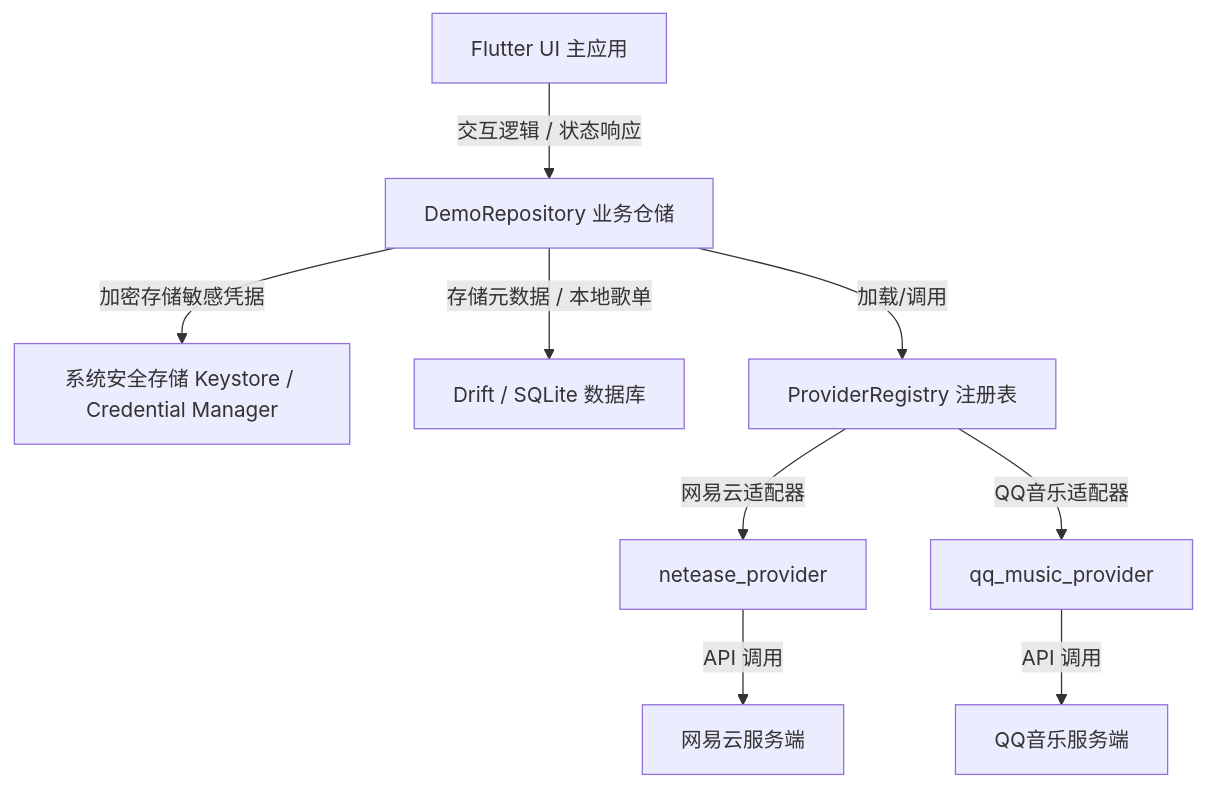
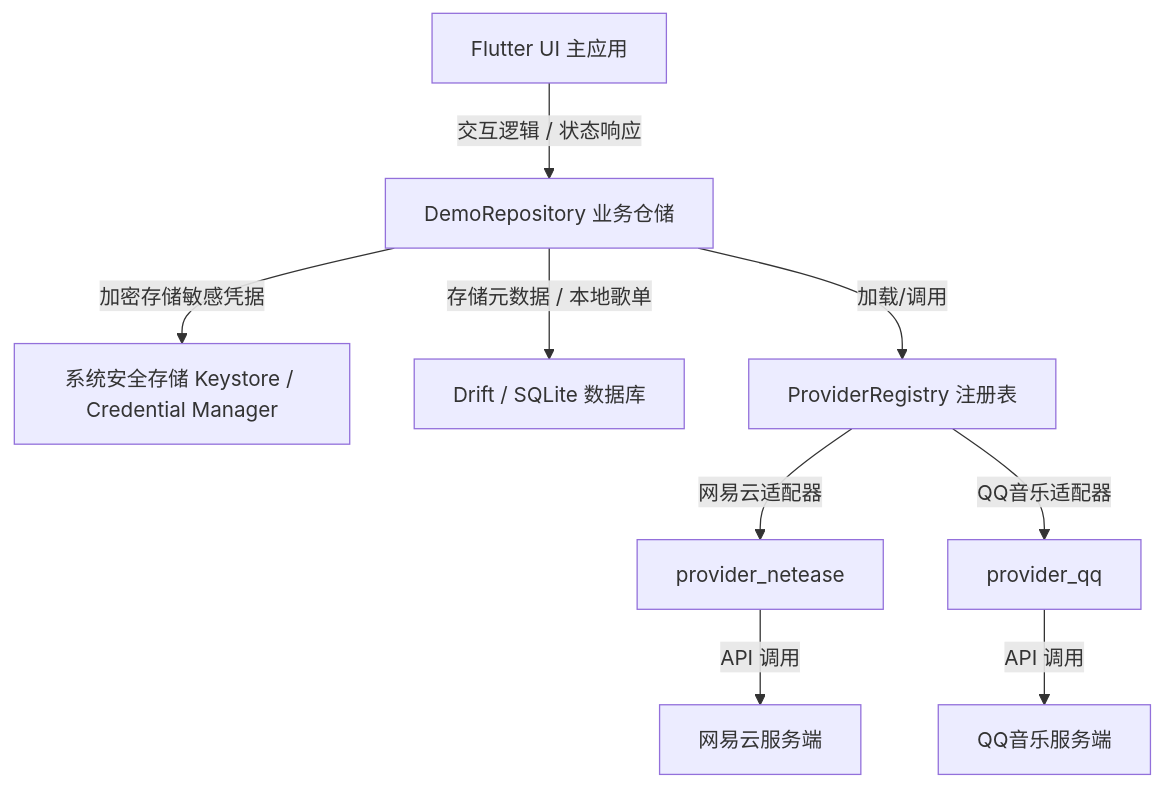
One commit to VirgoooooX/melo-union changed the diagram in README.md. Above: the diagram before and after it, drawn with Mermaid. The commit also changed other lines of this file and 4 other files, not shown here.

````diff
--- a/README.md
+++ b/README.md
@@ -61,13 +61,13 @@
 ```mermaid
 graph TD
     App[Flutter UI 主应用] -->|交互逻辑 / 状态响应| Repo[DemoRepository 业务仓储]
     Repo -->|加密存储敏感凭据| Secure[系统安全存储 Keystore / Credential Manager]
     Repo -->|存储元数据 / 本地歌单| Drift[Drift / SQLite 数据库]
     Repo -->|加载/调用| Registry[ProviderRegistry 注册表]
     
-    Registry -->|网易云适配器| Netease[netease_provider]
-    Registry -->|QQ音乐适配器| QQMusic[qq_music_provider]
+    Registry -->|网易云适配器| Netease[provider_netease]
+    Registry -->|QQ音乐适配器| QQMusic[provider_qq]
     
     Netease -->|API 调用| NetEaseCloud[网易云服务端]
     QQMusic -->|API 调用| QQMusicCloud[QQ音乐服务端]
 ```
````
